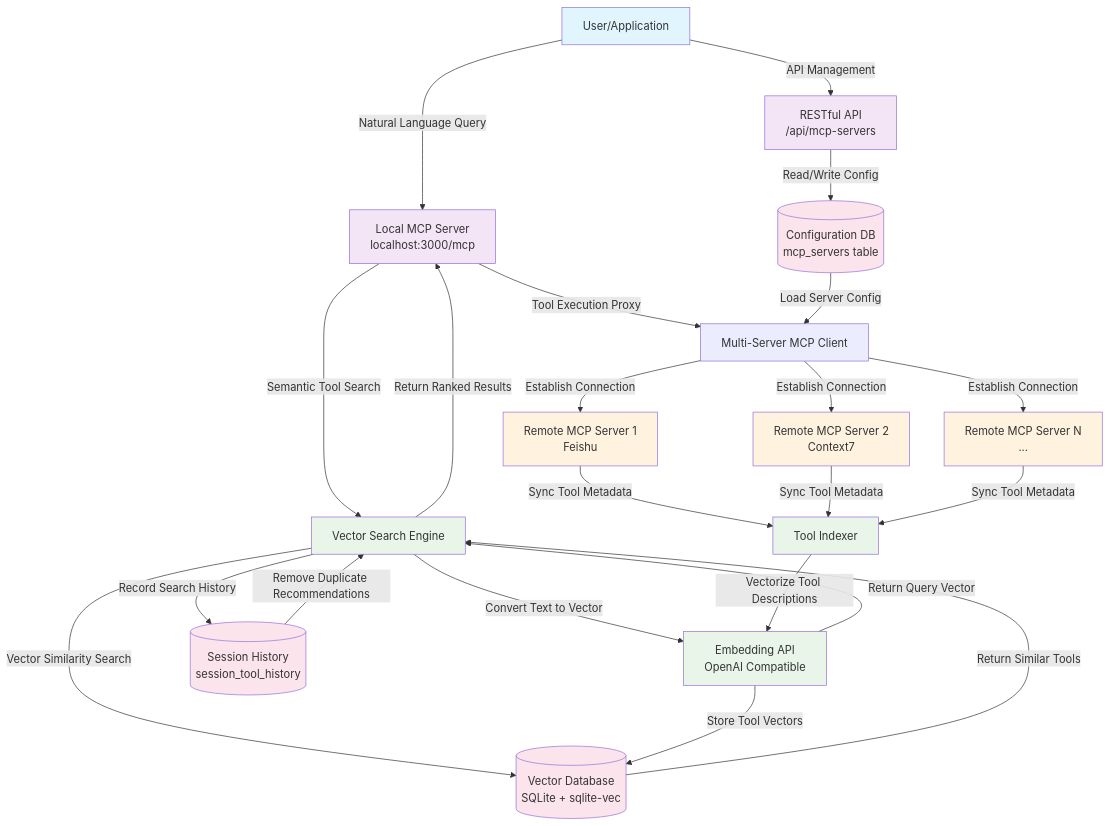
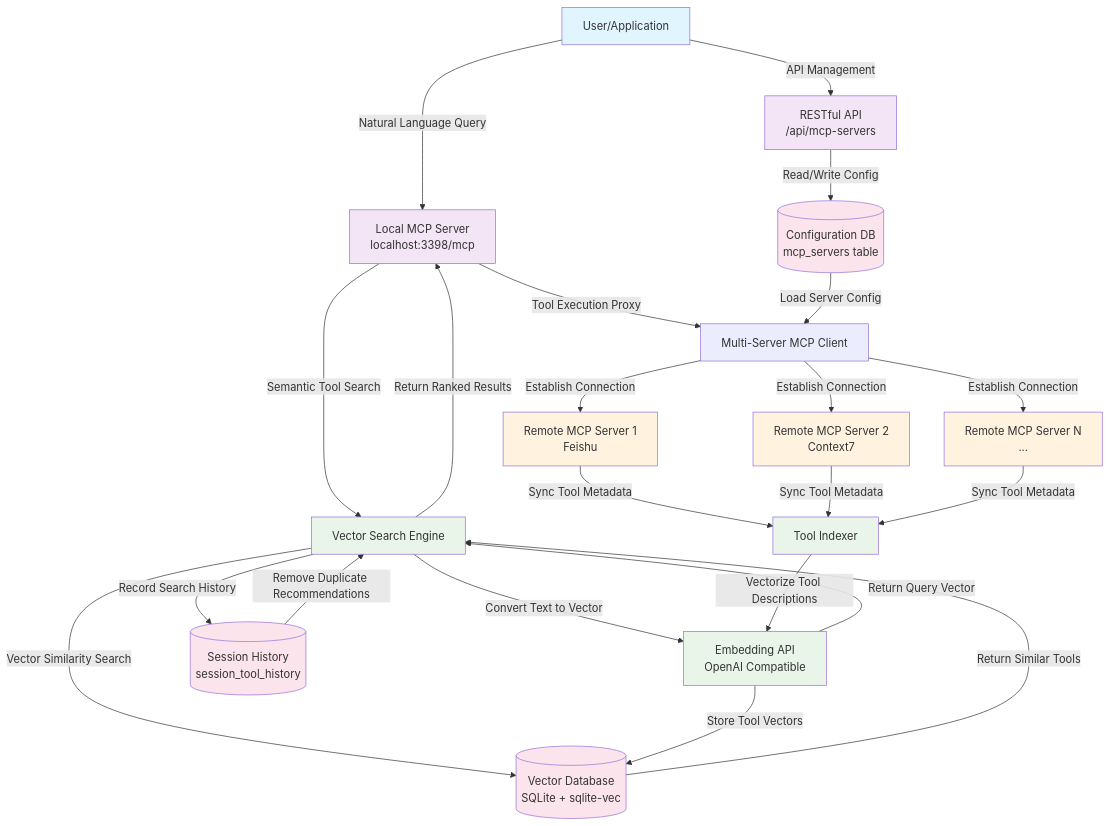
The diagram in README.md (aandersen2323/dextMCP), drawn with Mermaid before and after one commit. The commit also changed other lines of this file and 22 other files, not shown here.

````diff
--- a/README.md
+++ b/README.md
@@ -19,42 +19,42 @@
 ```mermaid
 graph TB
-    User[User/Application] -->|Natural Language Query| LocalMCP[Local MCP Server<br/>localhost:3000/mcp]
+    User[User/Application] -->|Natural Language Query| LocalMCP[Local MCP Server<br/>localhost:3398/mcp]
     User -->|API Management| API[RESTful API<br/>/api/mcp-servers]
 
     LocalMCP -->|Semantic Tool Search| VS[Vector Search Engine]
     LocalMCP -->|Tool Execution Proxy| MCP[Multi-Server MCP Client]
 
     VS -->|Convert Text to Vector| Embedding[Embedding API<br/>OpenAI Compatible]
     Embedding -->|Return Query Vector| VS
     VS -->|Vector Similarity Search| VDB[(Vector Database<br/>SQLite + sqlite-vec)]
     VDB -->|Return Similar Tools| VS
     VS -->|Return Ranked Results| LocalMCP
 
     API -->|Read/Write Config| DB[(Configuration DB<br/>mcp_servers table)]
     DB -->|Load Server Config| MCP
 
     MCP -->|Establish Connection| Remote1[Remote MCP Server 1<br/>Feishu]
     MCP -->|Establish Connection| Remote2[Remote MCP Server 2<br/>Context7]
     MCP -->|Establish Connection| Remote3[Remote MCP Server N<br/>...]
 
     Remote1 -->|Sync Tool Metadata| Indexer[Tool Indexer]
     Remote2 -->|Sync Tool Metadata| Indexer
     Remote3 -->|Sync Tool Metadata| Indexer
     Indexer -->|Vectorize Tool Descriptions| Embedding
     Embedding -->|Store Tool Vectors| VDB
 
     VS -->|Record Search History| SessionDB[(Session History<br/>session_tool_history)]
     SessionDB -->|Remove Duplicate Recommendations| VS
 
     classDef user fill:#e1f5fe
     classDef local fill:#f3e5f5
     classDef vector fill:#e8f5e8
     classDef remote fill:#fff3e0
     classDef db fill:#fce4ec
 
     class User user
     class LocalMCP,API local
     class VS,Embedding,Indexer vector
     class Remote1,Remote2,Remote3 remote
     class VDB,SessionDB,DB db
 ```
````
